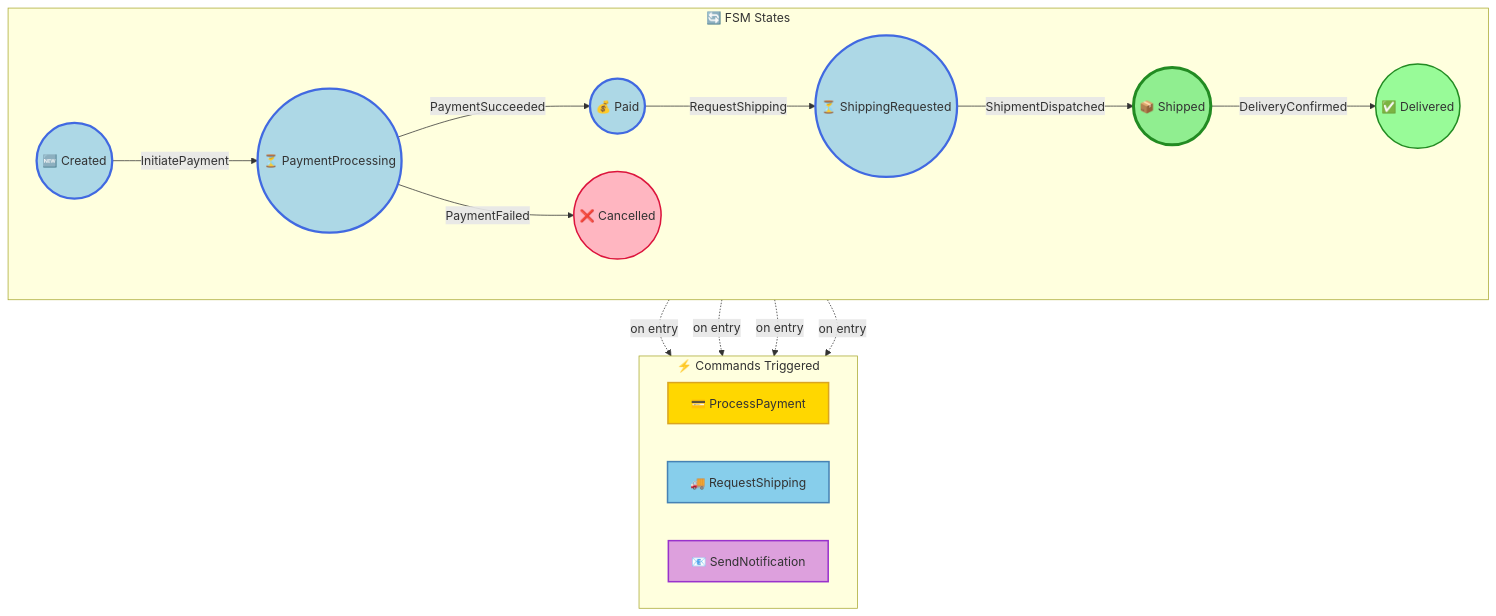
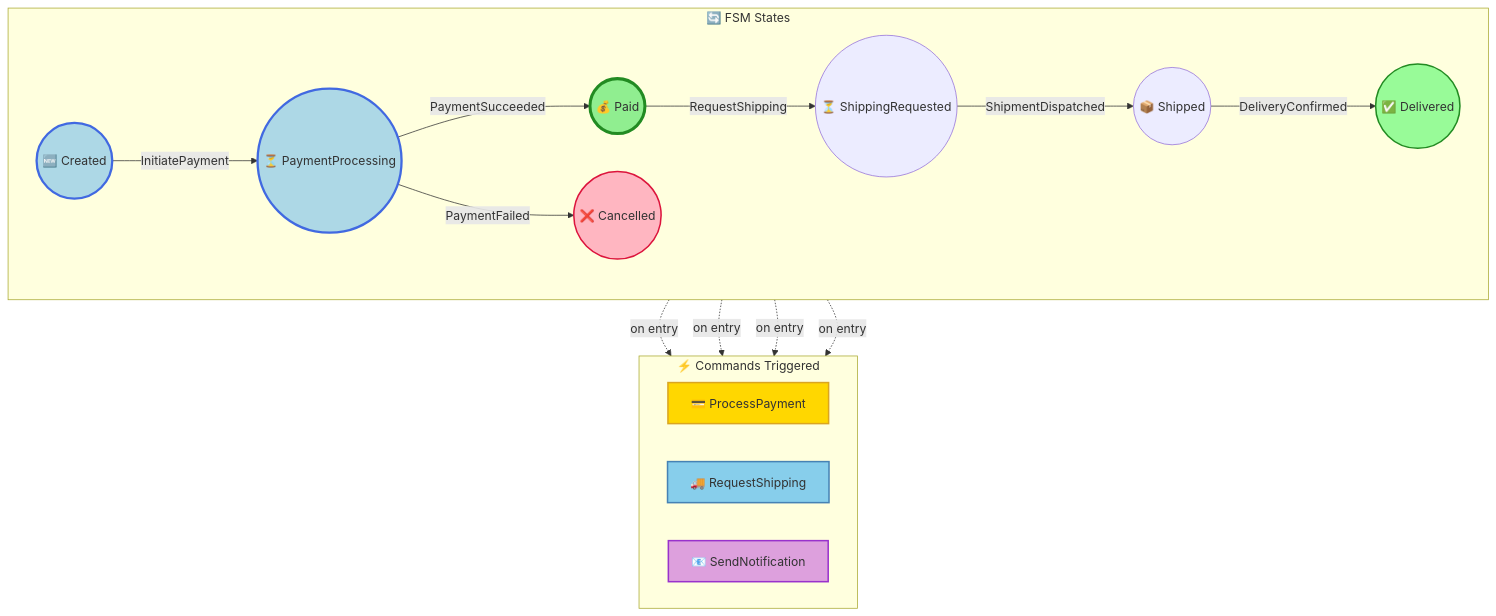
The third of 3 diagrams in docs/visualizations/order-3-trace.md (Iterable/mechanoid), drawn with Mermaid before and after one commit. The commit also changed other lines of this file and 16 other files, not shown here.

````diff
--- a/docs/visualizations/order-3-trace.md
+++ b/docs/visualizations/order-3-trace.md
@@ -77,44 +58,42 @@
 ```mermaid
 flowchart TB
     subgraph FSM["🔄 FSM States"]
         direction LR
         Shipped(("📦 Shipped"))
         PaymentProcessing(("⏳ PaymentProcessing"))
         ShippingRequested(("⏳ ShippingRequested"))
         Delivered(("✅ Delivered"))
         Cancelled(("❌ Cancelled"))
         Paid(("💰 Paid"))
         Created(("🆕 Created"))
         Created -->|InitiatePayment| PaymentProcessing
         PaymentProcessing -->|PaymentSucceeded| Paid
         PaymentProcessing -->|PaymentFailed| Cancelled
         Paid -->|RequestShipping| ShippingRequested
         ShippingRequested -->|ShipmentDispatched| Shipped
         Shipped -->|DeliveryConfirmed| Delivered
     end
 
     subgraph Commands["⚡ Commands Triggered"]
         direction LR
         ProcessPayment["💳 ProcessPayment"]
         RequestShipping["🚚 RequestShipping"]
         SendNotification["📧 SendNotification"]
     end
 
     PaymentProcessing -.->|on entry| ProcessPayment
     Paid -.->|on entry| RequestShipping
     Paid -.->|on entry| SendNotification
     Shipped -.->|on entry| SendNotification
 
     style Delivered fill:#98FB98,stroke:#228B22,stroke-width:2px
     style Cancelled fill:#FFB6C1,stroke:#DC143C,stroke-width:2px
     style ProcessPayment fill:#FFD700,stroke:#DAA520,stroke-width:2px
     style RequestShipping fill:#87CEEB,stroke:#4682B4,stroke-width:2px
     style SendNotification fill:#DDA0DD,stroke:#9932CC,stroke-width:2px
 
     style Created fill:#ADD8E6,stroke:#4169E1,stroke-width:3px
-    style ShippingRequested fill:#ADD8E6,stroke:#4169E1,stroke-width:3px
     style PaymentProcessing fill:#ADD8E6,stroke:#4169E1,stroke-width:3px
-    style Shipped fill:#ADD8E6,stroke:#4169E1,stroke-width:3px
     style Paid fill:#ADD8E6,stroke:#4169E1,stroke-width:3px
-    style Shipped fill:#90EE90,stroke:#228B22,stroke-width:4px
+    style Paid fill:#90EE90,stroke:#228B22,stroke-width:4px
 ```
````
